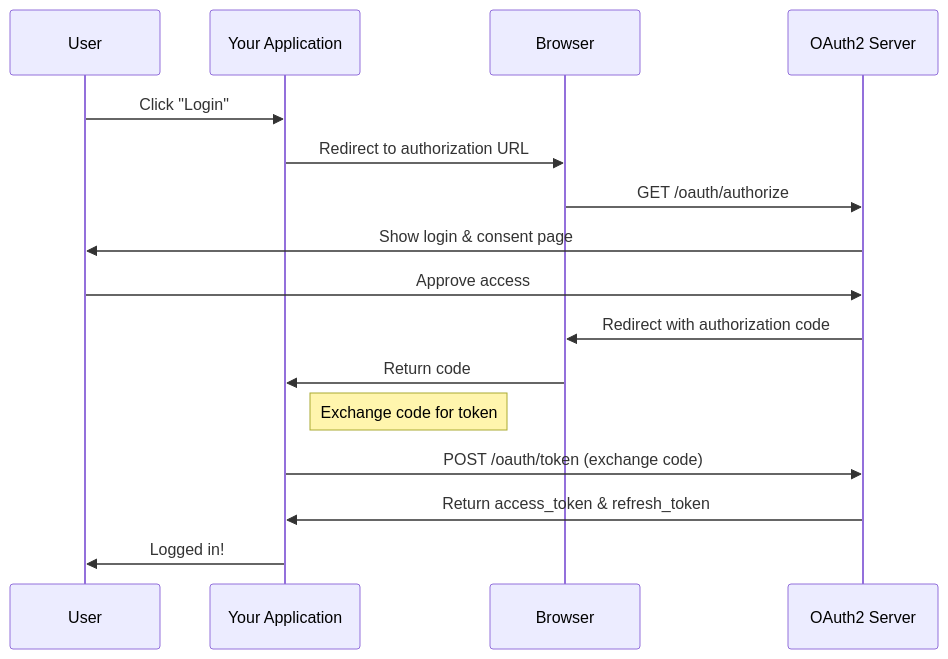
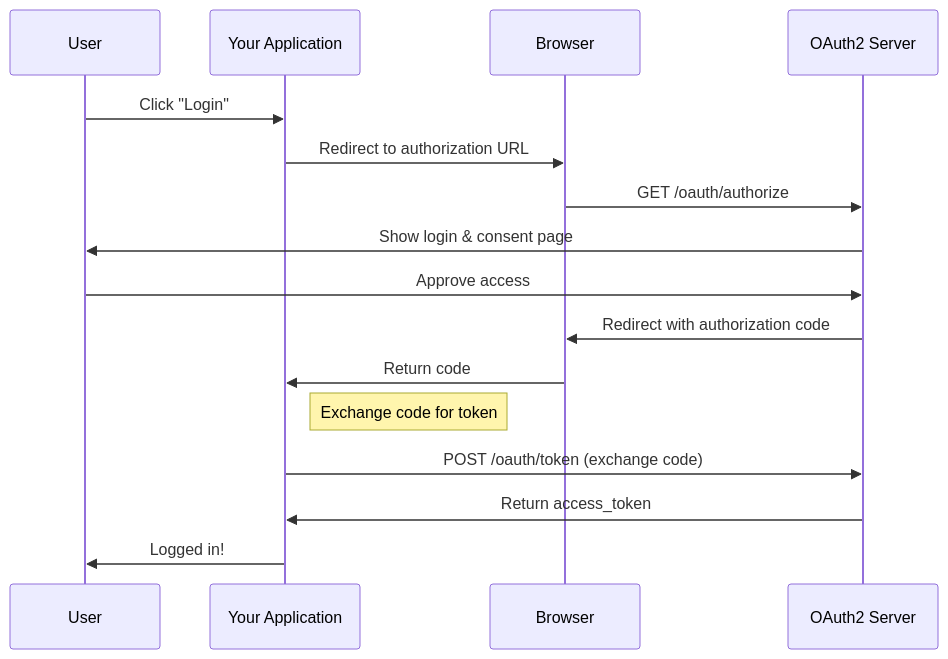
Before and after one commit to ianlintner/rust_oauth2: the first of 2 diagrams in docs/getting-started/quickstart.md, drawn with Mermaid. The commit also changed other lines of this file and 21 other files, not shown here.

````diff
--- a/docs/getting-started/quickstart.md
+++ b/docs/getting-started/quickstart.md
@@ -66,19 +66,19 @@
 ```mermaid
 sequenceDiagram
     participant User
     participant App as Your Application
     participant Browser
     participant OAuth2 as OAuth2 Server
-    
+
     User->>App: Click "Login"
     App->>Browser: Redirect to authorization URL
     Browser->>OAuth2: GET /oauth/authorize
     OAuth2->>User: Show login & consent page
     User->>OAuth2: Approve access
     OAuth2->>Browser: Redirect with authorization code
     Browser->>App: Return code
     Note right of App: Exchange code for token
     App->>OAuth2: POST /oauth/token (exchange code)
-    OAuth2->>App: Return access_token & refresh_token
+    OAuth2->>App: Return access_token
     App->>User: Logged in!
 ```
````
